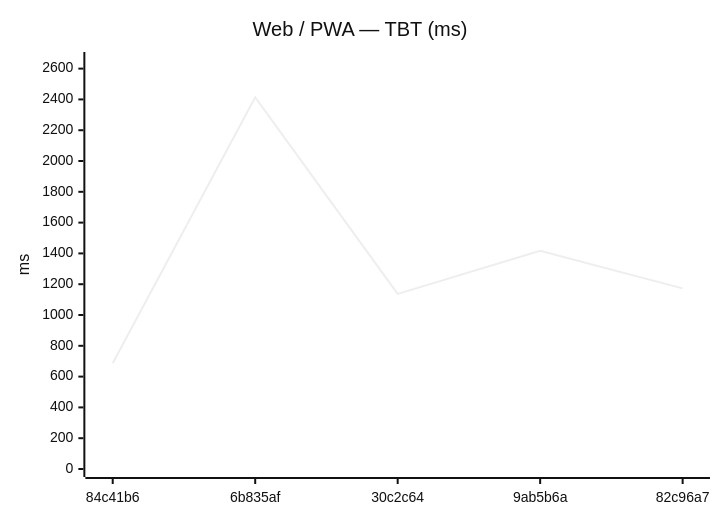
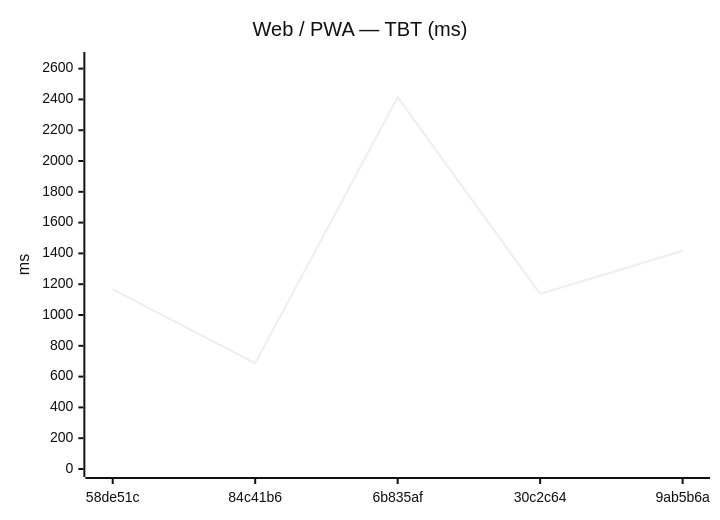
Before and after one commit to Metaheurist/Rianell: the sixth of 12 diagrams in benchmarks/compare.md, drawn with Mermaid (neutral theme). The commit also changed other lines of this file and 8 other files, not shown here.

````diff
--- a/benchmarks/compare.md
+++ b/benchmarks/compare.md
@@ -89,7 +89,7 @@
 ```mermaid
 xychart-beta
     title "Web / PWA — TBT (ms)"
-    x-axis ["84c41b6", "6b835af", "30c2c64", "9ab5b6a", "82c96a7"]
+    x-axis ["58de51c", "84c41b6", "6b835af", "30c2c64", "9ab5b6a"]
     y-axis "ms" 0 --> 2656
-    line [687, 2414, 1137, 1417, 1173]
+    line [1166, 687, 2414, 1137, 1417]
 ```
````
